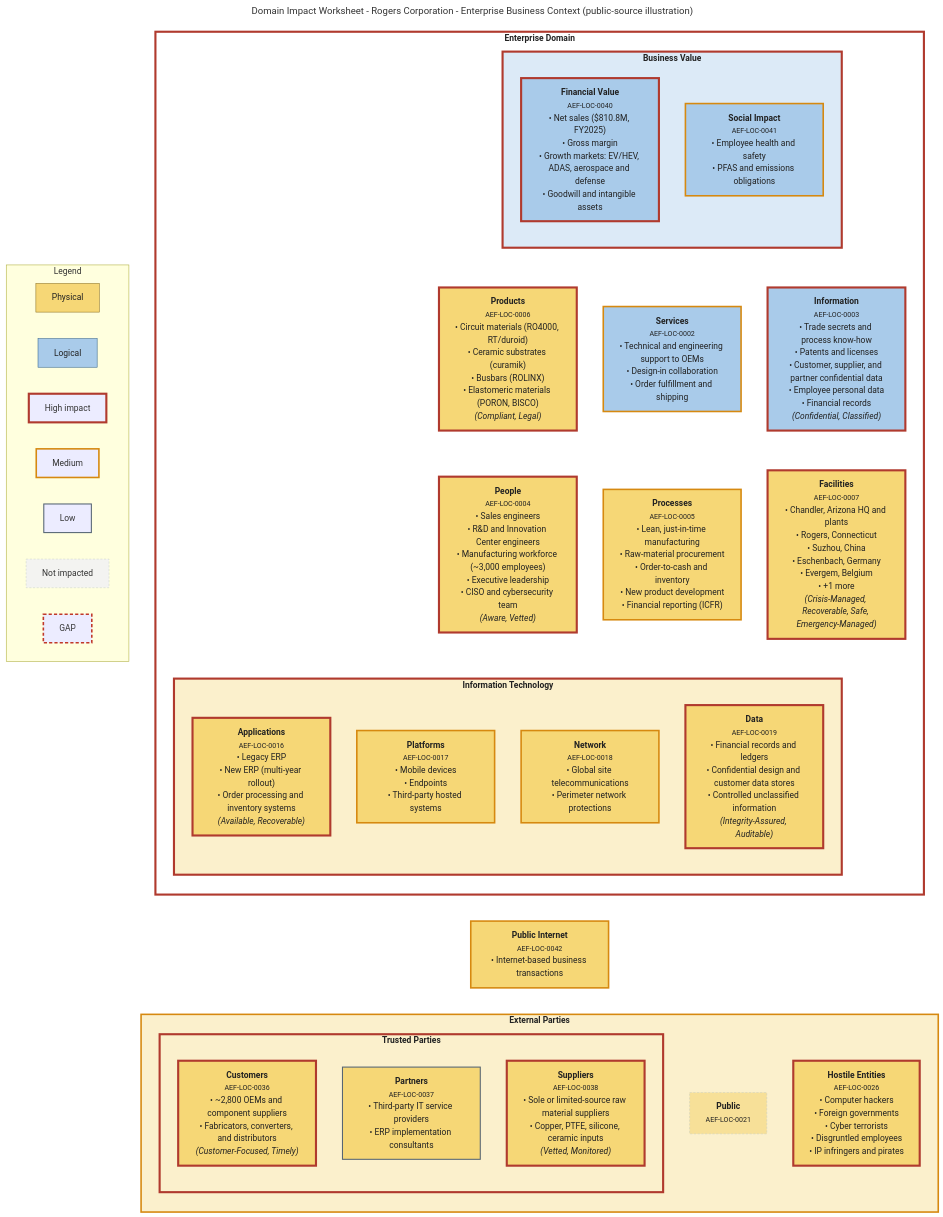
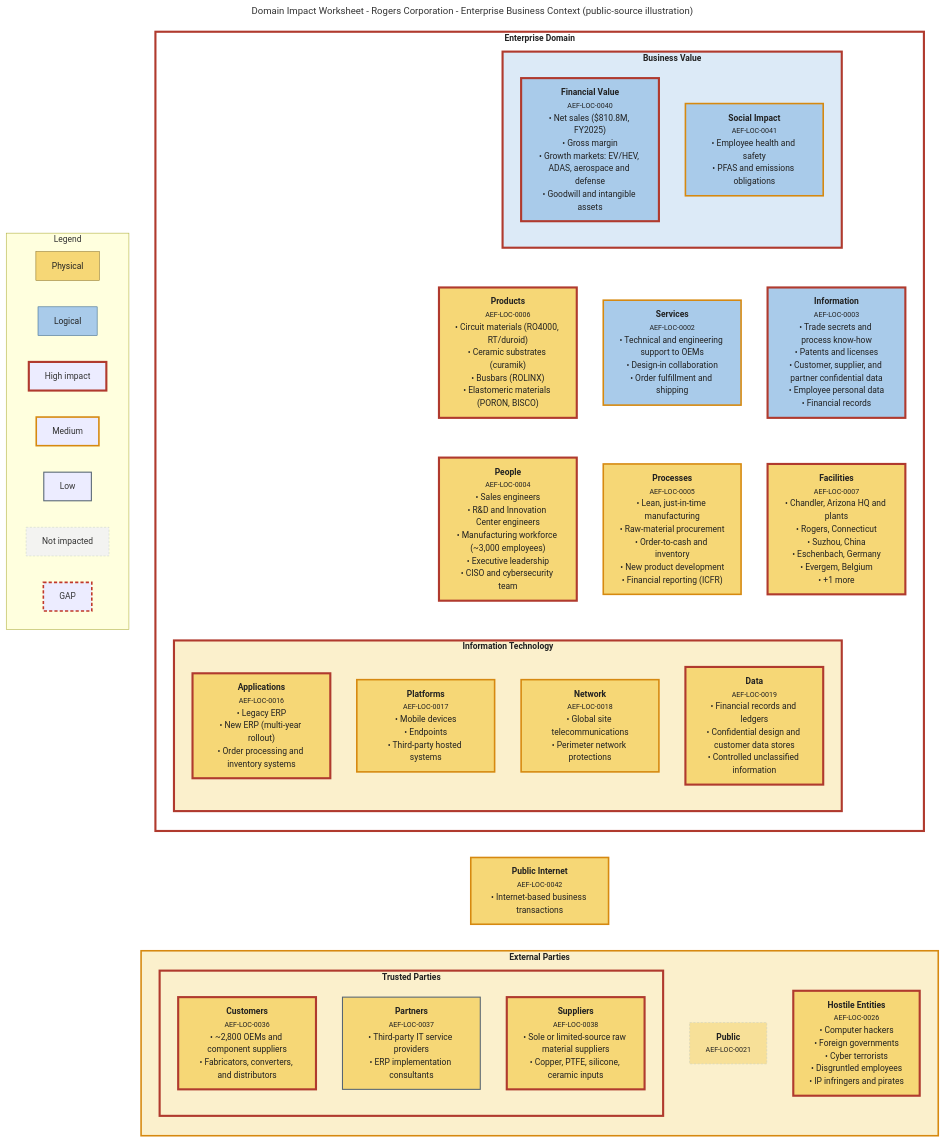
Before and after one commit to robertrostsource/archascode: the diagram in bca/engagements/rogers/enterprise/domain_impact.mmd, drawn with Mermaid. The commit also changed 12 other files, not shown here.

```diff
--- a/bca/engagements/rogers/enterprise/domain_impact.mmd
+++ b/bca/engagements/rogers/enterprise/domain_impact.mmd
@@ -1,90 +1,90 @@
 ---
 title: Domain Impact Worksheet - Rogers Corporation - Enterprise Business Context (public-source illustration)
 ---
 %% Generated by scripts/render_domain_impact.py. Do not edit.
 %% Domain model (c) Archistry / Andrew S. Townley, used with attribution. Based on SABSA(R).
 flowchart TB
   classDef physical fill:#F6D776,stroke:#8A6D1F,color:#222
   classDef logical fill:#A9CBEA,stroke:#2F5F8A,color:#222
   classDef boundary fill:#FFFFFF,stroke:#555,color:#222
   subgraph D0001["<b>Enterprise Domain</b>"]
     direction TB
     subgraph D0039["<b>Business Value</b>"]
       direction TB
       D0040["<b>Financial Value</b><br/><small>AEF-LOC-0040</small><br/>• Net sales ($810.8M, FY2025)<br/>• Gross margin<br/>• Growth markets: EV/HEV, ADAS, aerospace and defense<br/>• Goodwill and intangible assets"]:::logical
       D0041["<b>Social Impact</b><br/><small>AEF-LOC-0041</small><br/>• Employee health and safety<br/>• PFAS and emissions obligations"]:::logical
     end
-    D0006["<b>Products</b><br/><small>AEF-LOC-0006</small><br/>• Circuit materials (RO4000, RT/duroid)<br/>• Ceramic substrates (curamik)<br/>• Busbars (ROLINX)<br/>• Elastomeric materials (PORON, BISCO)<br/><i>(Compliant, Legal)</i>"]:::physical
+    D0006["<b>Products</b><br/><small>AEF-LOC-0006</small><br/>• Circuit materials (RO4000, RT/duroid)<br/>• Ceramic substrates (curamik)<br/>• Busbars (ROLINX)<br/>• Elastomeric materials (PORON, BISCO)"]:::physical
     D0002["<b>Services</b><br/><small>AEF-LOC-0002</small><br/>• Technical and engineering support to OEMs<br/>• Design-in collaboration<br/>• Order fulfillment and shipping"]:::logical
-    D0003["<b>Information</b><br/><small>AEF-LOC-0003</small><br/>• Trade secrets and process know-how<br/>• Patents and licenses<br/>• Customer, supplier, and partner confidential data<br/>• Employee personal data<br/>• Financial records<br/><i>(Confidential, Classified)</i>"]:::logical
-    D0004["<b>People</b><br/><small>AEF-LOC-0004</small><br/>• Sales engineers<br/>• R#amp;D and Innovation Center engineers<br/>• Manufacturing workforce (~3,000 employees)<br/>• Executive leadership<br/>• CISO and cybersecurity team<br/><i>(Aware, Vetted)</i>"]:::physical
+    D0003["<b>Information</b><br/><small>AEF-LOC-0003</small><br/>• Trade secrets and process know-how<br/>• Patents and licenses<br/>• Customer, supplier, and partner confidential data<br/>• Employee personal data<br/>• Financial records"]:::logical
+    D0004["<b>People</b><br/><small>AEF-LOC-0004</small><br/>• Sales engineers<br/>• R#amp;D and Innovation Center engineers<br/>• Manufacturing workforce (~3,000 employees)<br/>• Executive leadership<br/>• CISO and cybersecurity team"]:::physical
     D0005["<b>Processes</b><br/><small>AEF-LOC-0005</small><br/>• Lean, just-in-time manufacturing<br/>• Raw-material procurement<br/>• Order-to-cash and inventory<br/>• New product development<br/>• Financial reporting (ICFR)"]:::physical
-    D0007["<b>Facilities</b><br/><small>AEF-LOC-0007</small><br/>• Chandler, Arizona HQ and plants<br/>• Rogers, Connecticut<br/>• Suzhou, China<br/>• Eschenbach, Germany<br/>• Evergem, Belgium<br/>• +1 more<br/><i>(Crisis-Managed, Recoverable, Safe, Emergency-Managed)</i>"]:::physical
+    D0007["<b>Facilities</b><br/><small>AEF-LOC-0007</small><br/>• Chandler, Arizona HQ and plants<br/>• Rogers, Connecticut<br/>• Suzhou, China<br/>• Eschenbach, Germany<br/>• Evergem, Belgium<br/>• +1 more"]:::physical
     subgraph D0015["<b>Information Technology</b>"]
       direction TB
-      D0016["<b>Applications</b><br/><small>AEF-LOC-0016</small><br/>• Legacy ERP<br/>• New ERP (multi-year rollout)<br/>• Order processing and inventory systems<br/><i>(Available, Recoverable)</i>"]:::physical
+      D0016["<b>Applications</b><br/><small>AEF-LOC-0016</small><br/>• Legacy ERP<br/>• New ERP (multi-year rollout)<br/>• Order processing and inventory systems"]:::physical
       D0017["<b>Platforms</b><br/><small>AEF-LOC-0017</small><br/>• Mobile devices<br/>• Endpoints<br/>• Third-party hosted systems"]:::physical
       D0018["<b>Network</b><br/><small>AEF-LOC-0018</small><br/>• Global site telecommunications<br/>• Perimeter network protections"]:::physical
-      D0019["<b>Data</b><br/><small>AEF-LOC-0019</small><br/>• Financial records and ledgers<br/>• Confidential design and customer data stores<br/>• Controlled unclassified information<br/><i>(Integrity-Assured, Auditable)</i>"]:::physical
+      D0019["<b>Data</b><br/><small>AEF-LOC-0019</small><br/>• Financial records and ledgers<br/>• Confidential design and customer data stores<br/>• Controlled unclassified information"]:::physical
     end
   end
   D0042["<b>Public Internet</b><br/><small>AEF-LOC-0042</small><br/>• Internet-based business transactions"]:::physical
   subgraph D0020["<b>External Parties</b>"]
     direction TB
     D0021["<b>Public</b><br/><small>AEF-LOC-0021</small>"]:::physical
     subgraph D0031["<b>Trusted Parties</b>"]
       direction TB
-      D0036["<b>Customers</b><br/><small>AEF-LOC-0036</small><br/>• ~2,800 OEMs and component suppliers<br/>• Fabricators, converters, and distributors<br/><i>(Customer-Focused, Timely)</i>"]:::physical
+      D0036["<b>Customers</b><br/><small>AEF-LOC-0036</small><br/>• ~2,800 OEMs and component suppliers<br/>• Fabricators, converters, and distributors"]:::physical
       D0037["<b>Partners</b><br/><small>AEF-LOC-0037</small><br/>• Third-party IT service providers<br/>• ERP implementation consultants"]:::physical
-      D0038["<b>Suppliers</b><br/><small>AEF-LOC-0038</small><br/>• Sole or limited-source raw material suppliers<br/>• Copper, PTFE, silicone, ceramic inputs<br/><i>(Vetted, Monitored)</i>"]:::physical
+      D0038["<b>Suppliers</b><br/><small>AEF-LOC-0038</small><br/>• Sole or limited-source raw material suppliers<br/>• Copper, PTFE, silicone, ceramic inputs"]:::physical
     end
     D0026["<b>Hostile Entities</b><br/><small>AEF-LOC-0026</small><br/>• Computer hackers<br/>• Foreign governments<br/>• Cyber terrorists<br/>• Disgruntled employees<br/>• IP infringers and pirates"]:::physical
   end
   D0039 ~~~ D0006
   D0039 ~~~ D0002
   D0039 ~~~ D0003
   D0006 ~~~ D0004
   D0002 ~~~ D0005
   D0003 ~~~ D0007
   D0004 ~~~ D0015
   D0001 ~~~ D0042
   D0042 ~~~ D0020
 
   subgraph LEGEND["Legend"]
     direction LR
     L1["Physical"]:::physical
     L2["Logical"]:::logical
     L3["High impact"]
     L4["Medium"]
     L5["Low"]
     L6["Not impacted"]
     L7["GAP"]
   end
   style D0040 stroke:#B03A2E,stroke-width:4px
   style D0041 stroke:#D68910,stroke-width:3px
   style D0039 fill:#DCEAF7,color:#222,stroke:#B03A2E,stroke-width:4px
   style D0006 stroke:#B03A2E,stroke-width:4px
   style D0002 stroke:#D68910,stroke-width:3px
   style D0003 stroke:#B03A2E,stroke-width:4px
   style D0004 stroke:#B03A2E,stroke-width:4px
   style D0005 stroke:#D68910,stroke-width:3px
   style D0007 stroke:#B03A2E,stroke-width:4px
   style D0016 stroke:#B03A2E,stroke-width:4px
   style D0017 stroke:#D68910,stroke-width:3px
   style D0018 stroke:#D68910,stroke-width:3px
   style D0019 stroke:#B03A2E,stroke-width:4px
   style D0015 fill:#FBF0CC,color:#222,stroke:#B03A2E,stroke-width:4px
   style D0001 fill:#FFFFFF,color:#222,stroke:#B03A2E,stroke-width:4px
   style D0042 stroke:#D68910,stroke-width:3px
   style D0021 stroke:#AAB7B8,stroke-width:1px,stroke-dasharray:4 3,opacity:0.6
   style D0036 stroke:#B03A2E,stroke-width:4px
   style D0037 stroke:#566573,stroke-width:2px
   style D0038 stroke:#B03A2E,stroke-width:4px
   style D0031 fill:#FBF0CC,color:#222,stroke:#B03A2E,stroke-width:4px
   style D0026 stroke:#B03A2E,stroke-width:4px
   style D0020 fill:#FBF0CC,color:#222,stroke:#D68910,stroke-width:3px
   style L3 stroke:#B03A2E,stroke-width:4px
   style L4 stroke:#D68910,stroke-width:3px
   style L5 stroke:#566573,stroke-width:2px
   style L6 stroke:#AAB7B8,stroke-width:1px,stroke-dasharray:4 3,opacity:0.6
   style L7 stroke:#C0392B,stroke-width:3px,stroke-dasharray:6 4
```
